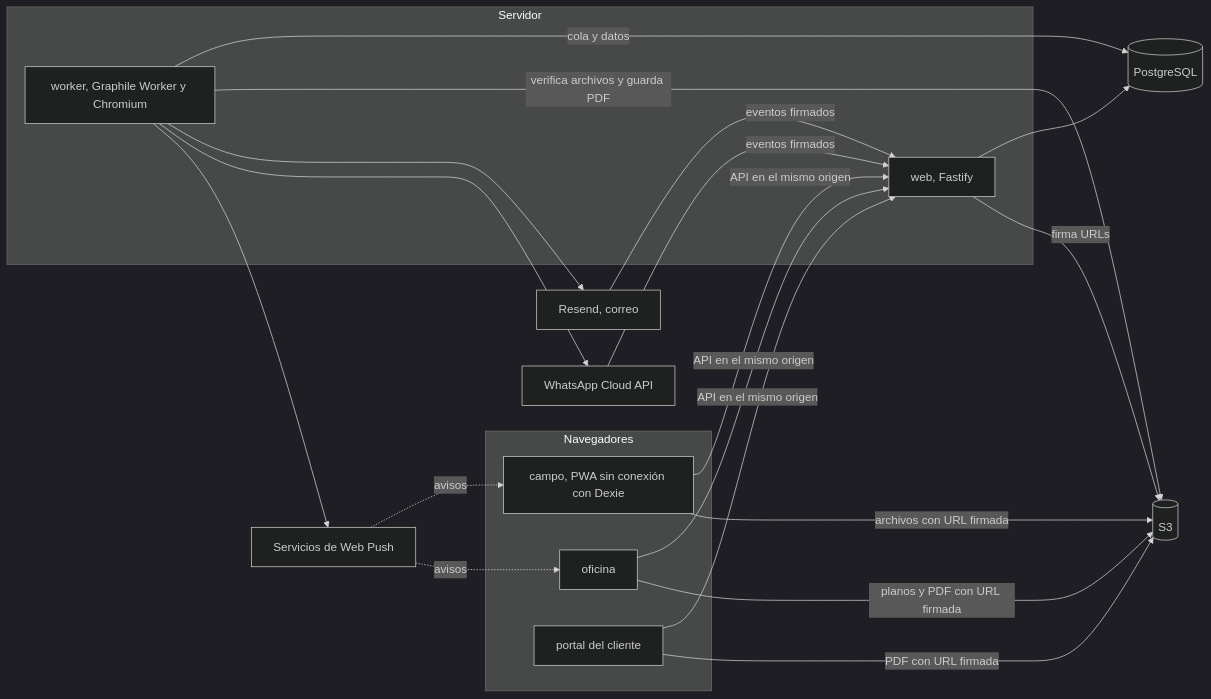
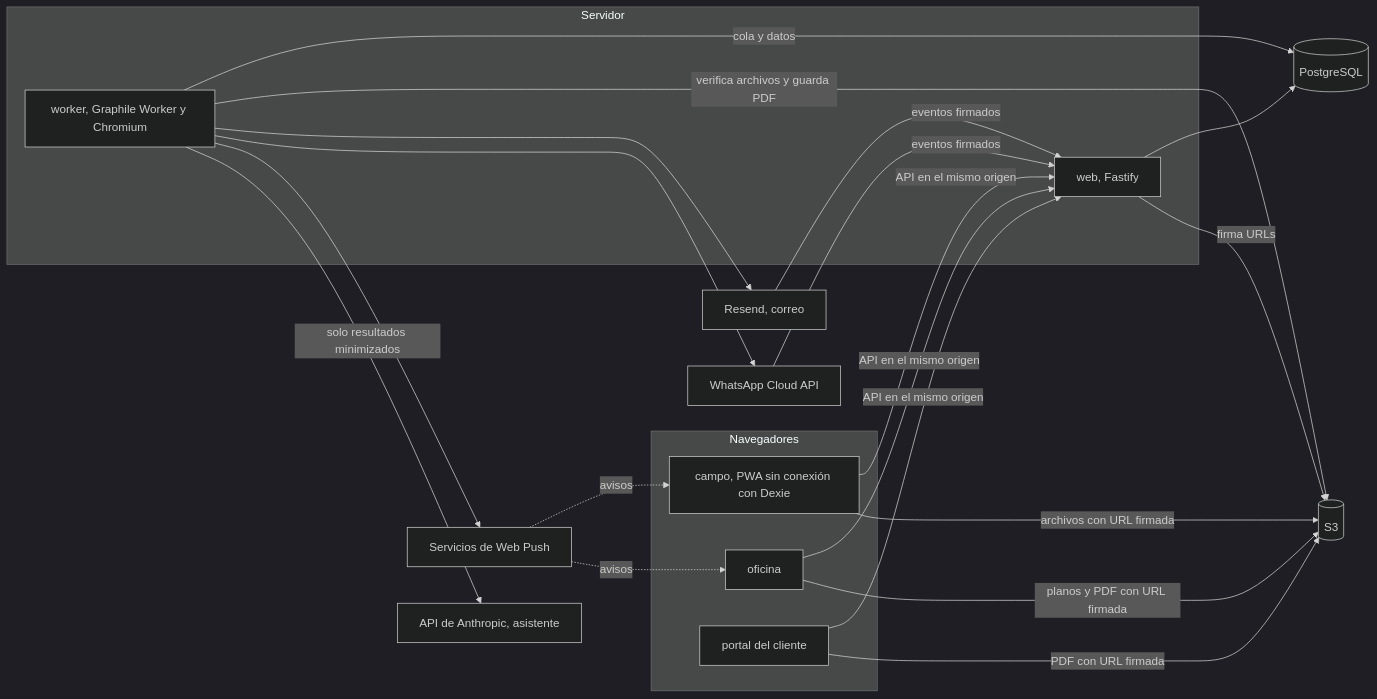
Before and after one commit to Kevinbeltran123/teins: the ninth of 10 diagrams in docs/arquitectura/03-como-funciona.md, drawn with Mermaid (dark theme). The commit also changed other lines of this file and 111 other files, not shown here.

First line of the commit message:
feat(oficina): Chispa, el asistente de datos con la API de Claude (ADR-0060) (#37)

````diff
--- a/docs/arquitectura/03-como-funciona.md
+++ b/docs/arquitectura/03-como-funciona.md
@@ -307,35 +356,37 @@
 ```mermaid
 flowchart LR
   subgraph navegador[Navegadores]
     campo[campo, PWA sin conexión con Dexie]
     oficina[oficina]
     portal[portal del cliente]
   end
   subgraph servidor[Servidor]
     web[web, Fastify]
     worker[worker, Graphile Worker y Chromium]
   end
   pg[(PostgreSQL)]
   s3[(S3)]
   resend[Resend, correo]
   meta[WhatsApp Cloud API]
   push[Servicios de Web Push]
+  anthropic[API de Anthropic, asistente]
 
   campo -->|API en el mismo origen| web
   oficina -->|API en el mismo origen| web
   portal -->|API en el mismo origen| web
   campo -->|archivos con URL firmada| s3
   oficina -->|planos y PDF con URL firmada| s3
   portal -->|PDF con URL firmada| s3
   web --> pg
   web -->|firma URLs| s3
   worker -->|cola y datos| pg
   worker -->|verifica archivos y guarda PDF| s3
   worker --> resend
   worker --> meta
   worker --> push
+  worker -->|solo resultados minimizados| anthropic
   resend -->|eventos firmados| web
   meta -->|eventos firmados| web
   push -.->|avisos| campo
   push -.->|avisos| oficina
 ```
````
